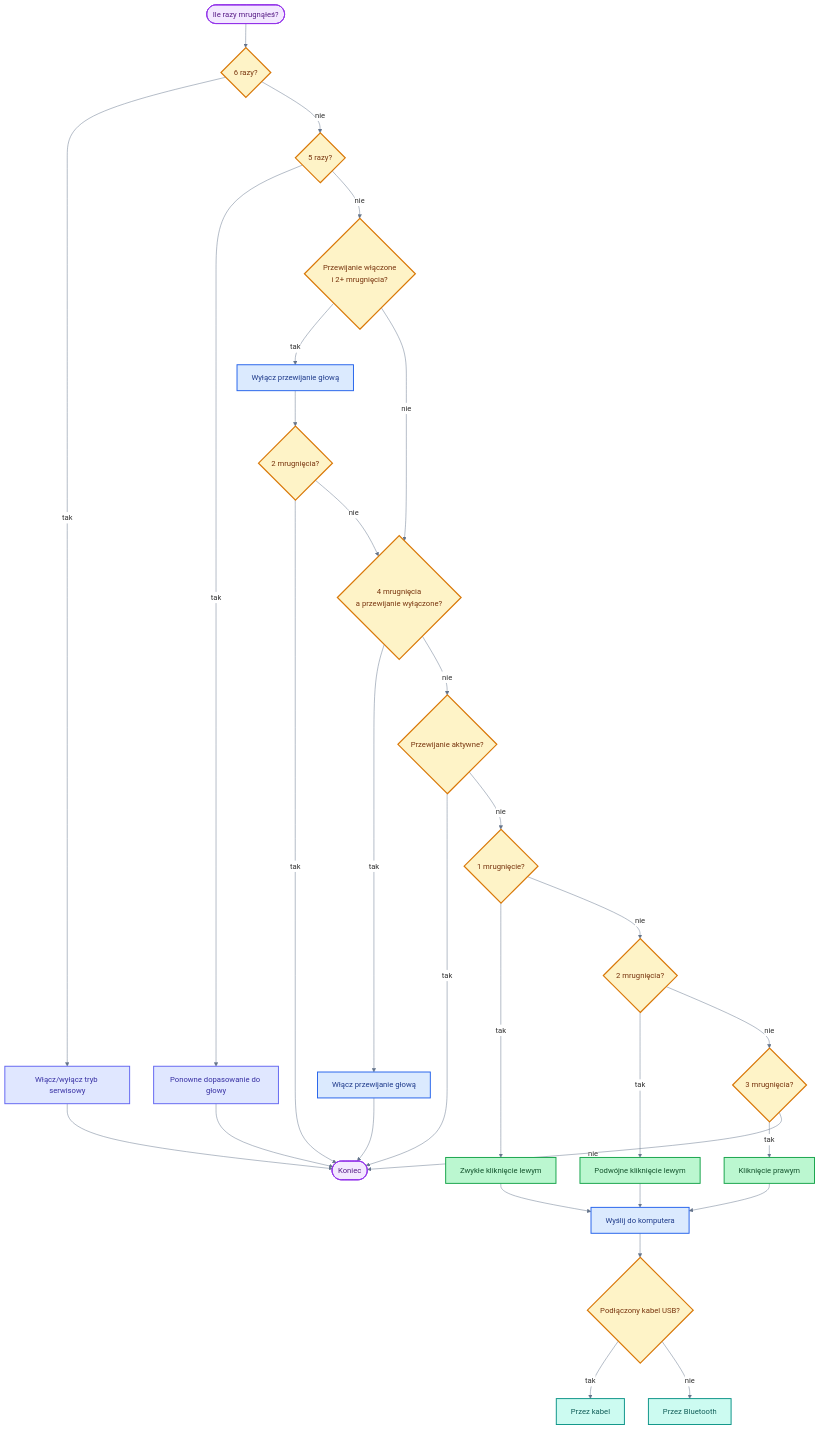
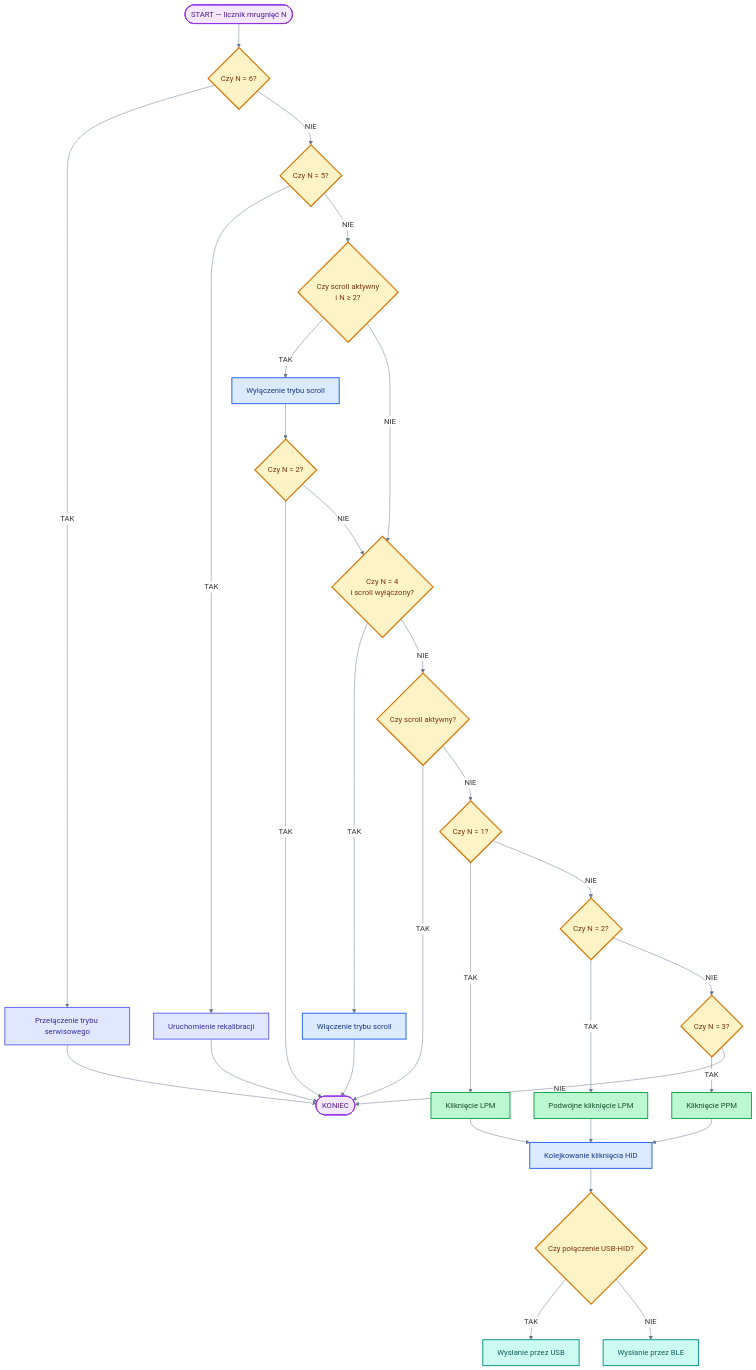
One commit to bartkadres-ai/HEFAS-4.0 changed the ninth of 10 diagrams in README.md. Above: the diagram before and after it, drawn with Mermaid. The commit also changed other lines of this file, not shown here.

````diff
--- a/README.md
+++ b/README.md
@@ -621,50 +621,50 @@
 ```mermaid
 %%{init: { 'theme': 'default', 'themeVariables': { 'darkMode': false, 'background': '#ffffff', 'mainBkg': '#ffffff', 'primaryColor': '#ffffff', 'secondaryColor': '#ffffff', 'tertiaryColor': '#ffffff', 'primaryTextColor': '#1e293b', 'secondaryTextColor': '#334155', 'lineColor': '#64748b', 'primaryBorderColor': '#94a3b8', 'clusterBkg': '#f1f5f9', 'clusterBorder': '#94a3b8', 'edgeLabelBackground': '#ffffff', 'noteBkgColor': '#f8fafc', 'noteTextColor': '#475569', 'fontFamily': 'arial' }}}%%
 flowchart TD
-    P([Ile razy mrugnąłeś?]) --> S6{6 razy?}
-    S6 -->|tak| DBG[Włącz/wyłącz tryb serwisowy]
-    S6 -->|nie| S5{5 razy?}
-    S5 -->|tak| K5[Ponowne dopasowanie do głowy]
-    S5 -->|nie| SCR{Przewijanie włączone<br/>i 2+ mrugnięcia?}
+    P([START — licznik mrugnięć N]) --> S6{Czy N = 6?}
+    S6 -->|TAK| DBG[Przełączenie trybu serwisowego]
+    S6 -->|NIE| S5{Czy N = 5?}
+    S5 -->|TAK| K5[Uruchomienie rekalibracji]
+    S5 -->|NIE| SCR{Czy scroll aktywny<br/>i N ≥ 2?}
 
-    SCR -->|tak| SOFF[Wyłącz przewijanie głową]
-    SOFF --> S2{2 mrugnięcia?}
-    S2 -->|tak| PEND([Koniec])
-    S2 -->|nie| S4A
+    SCR -->|TAK| SOFF[Wyłączenie trybu scroll]
+    SOFF --> S2{Czy N = 2?}
+    S2 -->|TAK| PEND([KONIEC])
+    S2 -->|NIE| S4A
 
-    SCR -->|nie| S4A{4 mrugnięcia<br/>a przewijanie wyłączone?}
-    S4A -->|tak| SON[Włącz przewijanie głową]
-    S4A -->|nie| SCRC{Przewijanie aktywne?}
+    SCR -->|NIE| S4A{Czy N = 4<br/>i scroll wyłączony?}
+    S4A -->|TAK| SON[Włączenie trybu scroll]
+    S4A -->|NIE| SCRC{Czy scroll aktywny?}
 
     SON --> PEND
-    SCRC -->|tak| PEND
-    SCRC -->|nie| N1{1 mrugnięcie?}
-    N1 -->|tak| LPM[Zwykłe kliknięcie lewym]
-    N1 -->|nie| N2{2 mrugnięcia?}
-    N2 -->|tak| DBL[Podwójne kliknięcie lewym]
-    N2 -->|nie| N3{3 mrugnięcia?}
-    N3 -->|tak| PPM[Kliknięcie prawym]
-    N3 -->|nie| PEND
+    SCRC -->|TAK| PEND
+    SCRC -->|NIE| N1{Czy N = 1?}
+    N1 -->|TAK| LPM[Kliknięcie LPM]
+    N1 -->|NIE| N2{Czy N = 2?}
+    N2 -->|TAK| DBL[Podwójne kliknięcie LPM]
+    N2 -->|NIE| N3{Czy N = 3?}
+    N3 -->|TAK| PPM[Kliknięcie PPM]
+    N3 -->|NIE| PEND
 
-    LPM --> Q[Wyślij do komputera]
+    LPM --> Q[Kolejkowanie kliknięcia HID]
     DBL --> Q
     PPM --> Q
-    Q --> U{Podłączony kabel USB?}
-    U -->|tak| USBM[Przez kabel]
-    U -->|nie| BLEM[Przez Bluetooth]
+    Q --> U{Czy połączenie USB-HID?}
+    U -->|TAK| USBM[Wysłanie przez USB]
+    U -->|NIE| BLEM[Wysłanie przez BLE]
     DBG --> PEND
     K5 --> PEND
 
     classDef startEnd fill:#f3e8ff,stroke:#9333ea,stroke-width:2px,color:#581c87
     classDef process fill:#dbeafe,stroke:#2563eb,stroke-width:2px,color:#1e3a8a
     classDef decision fill:#fef3c7,stroke:#d97706,stroke-width:2.5px,color:#78350f
     classDef connect fill:#ccfbf1,stroke:#0d9488,stroke-width:2px,color:#115e59
     classDef success fill:#bbf7d0,stroke:#16a34a,stroke-width:2px,color:#14532d
     classDef setup fill:#e0e7ff,stroke:#6366f1,stroke-width:2px,color:#3730a3
     class P,PEND startEnd
     class SOFF,SON,Q process
     class DBG,K5 setup
     class LPM,DBL,PPM success
     class S6,S5,SCR,S2,S4A,SCRC,N1,N2,N3,U decision
     class USBM,BLEM connect
 ```
````
